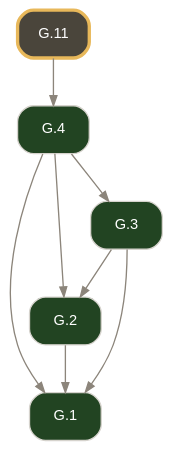
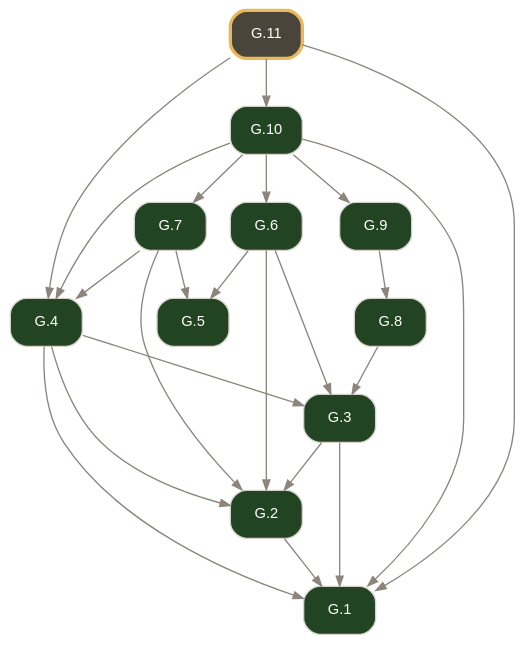
The diagram in docsrc/elements2/G.11/index.rst (geometor/elements), drawn with Graphviz before and after one commit. The commit also changed other lines of this file and 1276 other files, not shown here.

```diff
--- a/docsrc/elements2/G.11/index.rst
+++ b/docsrc/elements2/G.11/index.rst
@@ -34,20 +36,41 @@
 .. graphviz::
 
    digraph {
      bgcolor="transparent";
      node [shape=box, style="rounded,filled", fontname="Helvetica", fontsize=11, color="#d6d3cd", fontcolor="#ffffff"];
      edge [color="#8c857b", fontcolor="#8c857b", arrowsize=0.75];
      rankdir="TB";
      "G.1" [label="G.1", tooltip="G.1 (I.def.1): A point A is that which has no part.", fillcolor="#224422", URL="../G.1/index.html", target="_top"];
      "G.2" [label="G.2", tooltip="G.2 (I.def.2): A line [ A B ] is a projection of a relationship of two points A, B.", fillcolor="#224422", URL="../G.2/index.html", target="_top"];
      "G.3" [label="G.3", tooltip="G.3 (I.def.3): The extremities of a segment / A B / are points A, B.", fillcolor="#224422", URL="../G.3/index.html", target="_top"];
      "G.4" [label="G.4", tooltip="G.4 (I.def.4): A segment / A B / is a portion of a line [ A B ] between two points A, B on the line.", fillcolor="#224422", URL="../G.4/index.html", target="_top"];
-     "G.11" [label="G.11", tooltip="G.11 (I.def.19): Rectilineal figures are contained by segments: trilateral by three, quadrilateral by four, and multilateral by more than four.", penwidth=2.5, color="#e8b85a", fillcolor="#4a453b", URL="index.html", target="_top"];
+     "G.5" [label="G.5", tooltip="G.5 (I.def.5): A surface is that which has length and breadth only.", fillcolor="#224422", URL="../G.5/index.html", target="_top"];
+     "G.6" [label="G.6", tooltip="G.6 (I.def.6): The extremities of a surface are lines or arcs.", fillcolor="#224422", URL="../G.6/index.html", target="_top"];
+     "G.7" [label="G.7", tooltip="G.7 (I.def.7): A plane surface lies evenly with the lines on itself.", fillcolor="#224422", URL="../G.7/index.html", target="_top"];
+     "G.8" [label="G.8", tooltip="G.8 (I.def.13): A boundary is the extremity of anything.", fillcolor="#224422", URL="../G.8/index.html", target="_top"];
+     "G.9" [label="G.9", tooltip="G.9 (I.def.14): A figure is that which is contained by any boundary or boundaries.", fillcolor="#224422", URL="../G.9/index.html", target="_top"];
+     "G.10" [label="G.10", tooltip="G.10 (I.def.15): A circle ( A B ) is a plane figure contained by one arc defined by a center A and a point B establishing its defining radius / A B /, such that all segments / A B /, / A C /, / A D...", fillcolor="#224422", URL="../G.10/index.html", target="_top"];
+     "G.11" [label="G.11", tooltip="G.11 (I.def.16): The point A within the circle ( A B ) from which all segments / A B /, / A C / to the arc are equal is called the center of the circle.", penwidth=2.5, color="#e8b85a", fillcolor="#4a453b", URL="index.html", target="_top"];
      "G.2" -> "G.1";
      "G.3" -> "G.1";
      "G.4" -> "G.1";
+     "G.10" -> "G.1";
+     "G.11" -> "G.1";
      "G.3" -> "G.2";
      "G.4" -> "G.2";
+     "G.6" -> "G.2";
+     "G.7" -> "G.2";
      "G.4" -> "G.3";
+     "G.6" -> "G.3";
+     "G.8" -> "G.3";
+     "G.7" -> "G.4";
+     "G.10" -> "G.4";
      "G.11" -> "G.4";
+     "G.6" -> "G.5";
+     "G.7" -> "G.5";
+     "G.10" -> "G.6";
+     "G.10" -> "G.7";
+     "G.9" -> "G.8";
+     "G.10" -> "G.9";
+     "G.11" -> "G.10";
    }
```
